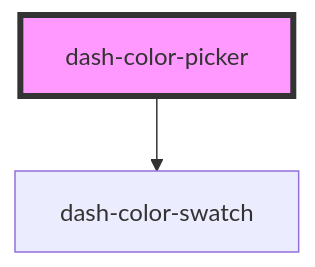
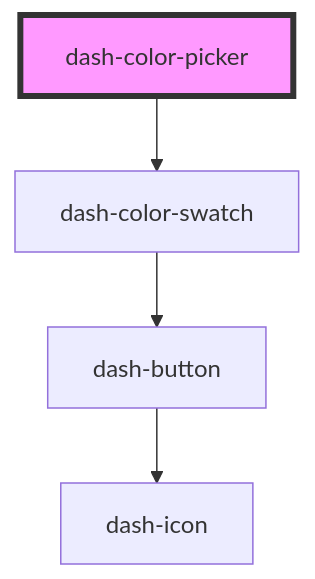
The diagram in packages/dash-components/src/components/dash-color-picker/readme.md (jmanke/dash), drawn with Mermaid before and after one commit. The commit also changed 3 other files, not shown here.

````diff
--- a/packages/dash-components/src/components/dash-color-picker/readme.md
+++ b/packages/dash-components/src/components/dash-color-picker/readme.md
@@ -30,5 +30,7 @@
 ```mermaid
 graph TD;
   dash-color-picker --> dash-color-swatch
+  dash-color-swatch --> dash-button
+  dash-button --> dash-icon
   style dash-color-picker fill:#f9f,stroke:#333,stroke-width:4px
 ```
````
